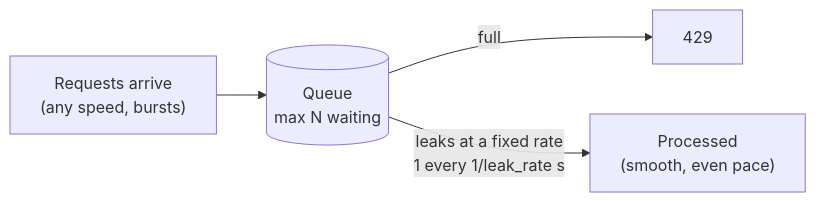
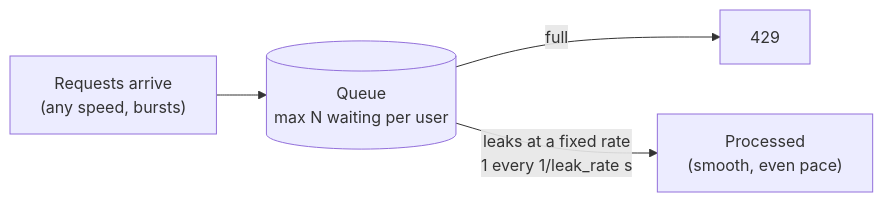
Before and after one commit to TareDevarsh/AWS-cloudformation-projects: the first of 2 diagrams in projects/03-rate-limiter/src/leaky_bucket/README.md, drawn with Mermaid. The commit also changed other lines of this file and 31 other files, not shown here.

````diff
--- a/projects/03-rate-limiter/src/leaky_bucket/README.md
+++ b/projects/03-rate-limiter/src/leaky_bucket/README.md
@@ -11,6 +11,6 @@
 ```mermaid
 flowchart LR
-    IN["Requests arrive<br/>(any speed, bursts)"] --> Q[("Queue<br/>max N waiting")]
+    IN["Requests arrive<br/>(any speed, bursts)"] --> Q[("Queue<br/>max N waiting per user")]
     Q -- "full" --> R[429]
     Q -- "leaks at a fixed rate<br/>1 every 1/leak_rate s" --> OUT["Processed<br/>(smooth, even pace)"]
 ```
````
